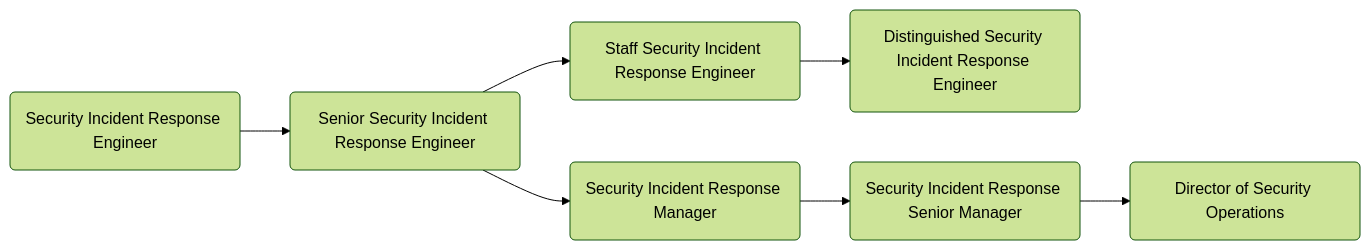
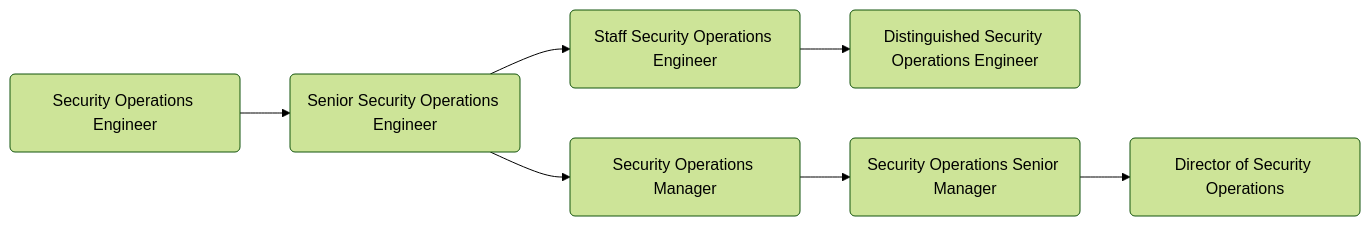
The diagram in content/job-families/security/security-operations.md (moliver28/research-handbook), drawn with Mermaid (forest theme) before and after one commit. The commit also changed other lines of this file and 2 other files, not shown here.

Commit message:
Adjust the job description references and remove security logging

````diff
--- a/content/job-families/security/security-operations.md
+++ b/content/job-families/security/security-operations.md
@@ -235,9 +224,9 @@
 ```mermaid
   graph LR;
-  sec:se(Security Incident Response Engineer)-->sec:sse(Senior Security Incident Response Engineer);
-  sec:sse(Senior Security Incident Response Engineer)-->sec:stse(Staff Security Incident Response Engineer);
-  sec:stse(Staff Security Incident Response Engineer)-->sec:dse(Distinguished Security Incident Response Engineer);
-  sec:sse(Senior Security Incident Response Engineer)-->sec:sem(Security Incident Response Manager);
-  sec:sem(Security Incident Response Manager)-->sec:sesm(Security Incident Response Senior Manager);
-  sec:sesm(Security Incident Response Senior Manager)-->sec:ds(Director of Security Operations);
+  sec:se(Security Operations Engineer)-->sec:sse(Senior Security Operations Engineer);
+  sec:sse(Senior Security Operations Engineer)-->sec:stse(Staff Security Operations Engineer);
+  sec:stse(Staff Security Operations Engineer)-->sec:dse(Distinguished Security Operations Engineer);
+  sec:sse(Senior Security Operations Engineer)-->sec:sem(Security Operations Manager);
+  sec:sem(Security Operations Manager)-->sec:sesm(Security Operations Senior Manager);
+  sec:sesm(Security Operations Senior Manager)-->sec:ds(Director of Security Operations);
 ```
````
